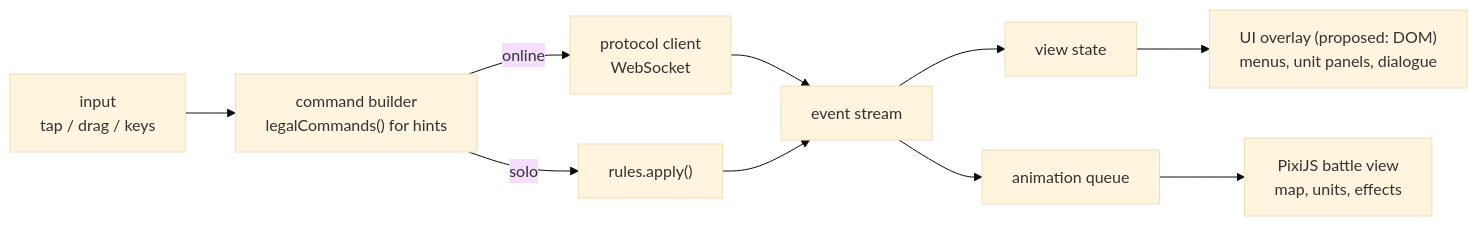
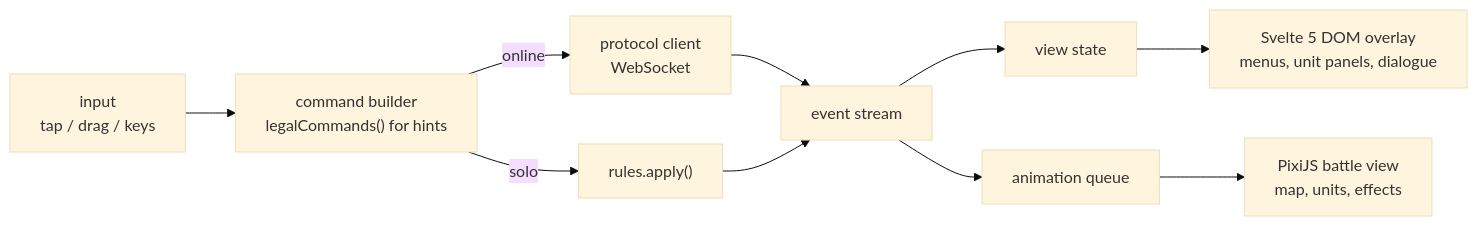
One commit to dudueul/caocao changed the sixth of 6 diagrams in docs/remake/ARCHITECTURE.md. Above: the diagram before and after it, drawn with Mermaid (base theme). The commit also changed 5 other files, not shown here.

First line of the commit message:
docs: ADR 0031 Svelte 5 DOM overlay for the client UI

````diff
--- a/docs/remake/ARCHITECTURE.md
+++ b/docs/remake/ARCHITECTURE.md
@@ -230,12 +230,12 @@
 ```mermaid
 flowchart LR
   IN["input<br/>tap / drag / keys"] --> CMD["command builder<br/>legalCommands() for hints"]
   CMD -->|online| NET["protocol client<br/>WebSocket"]
   CMD -->|solo| RL["rules.apply()"]
   NET --> EV["event stream"]
   RL --> EV
   EV --> ST["view state"]
   EV --> AQ["animation queue"]
   AQ --> PX["PixiJS battle view<br/>map, units, effects"]
-  ST --> UI["UI overlay (proposed: DOM)<br/>menus, unit panels, dialogue"]
+  ST --> UI["Svelte 5 DOM overlay<br/>menus, unit panels, dialogue"]
 ```
````
